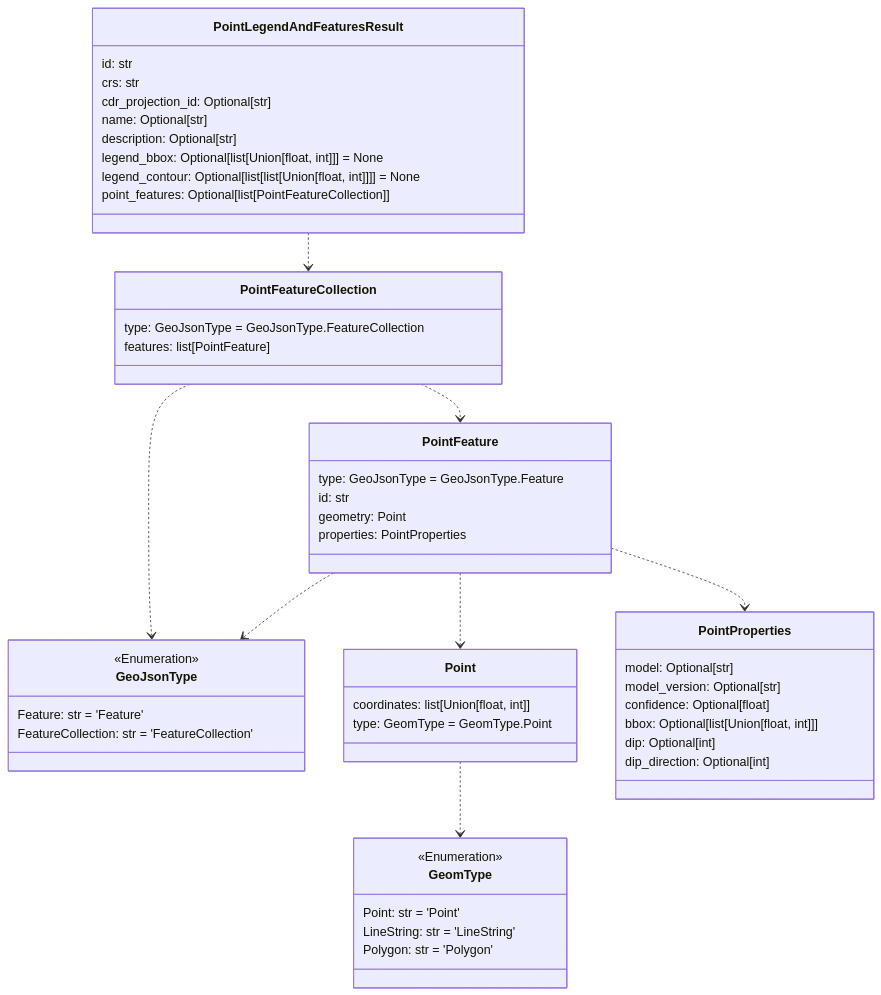
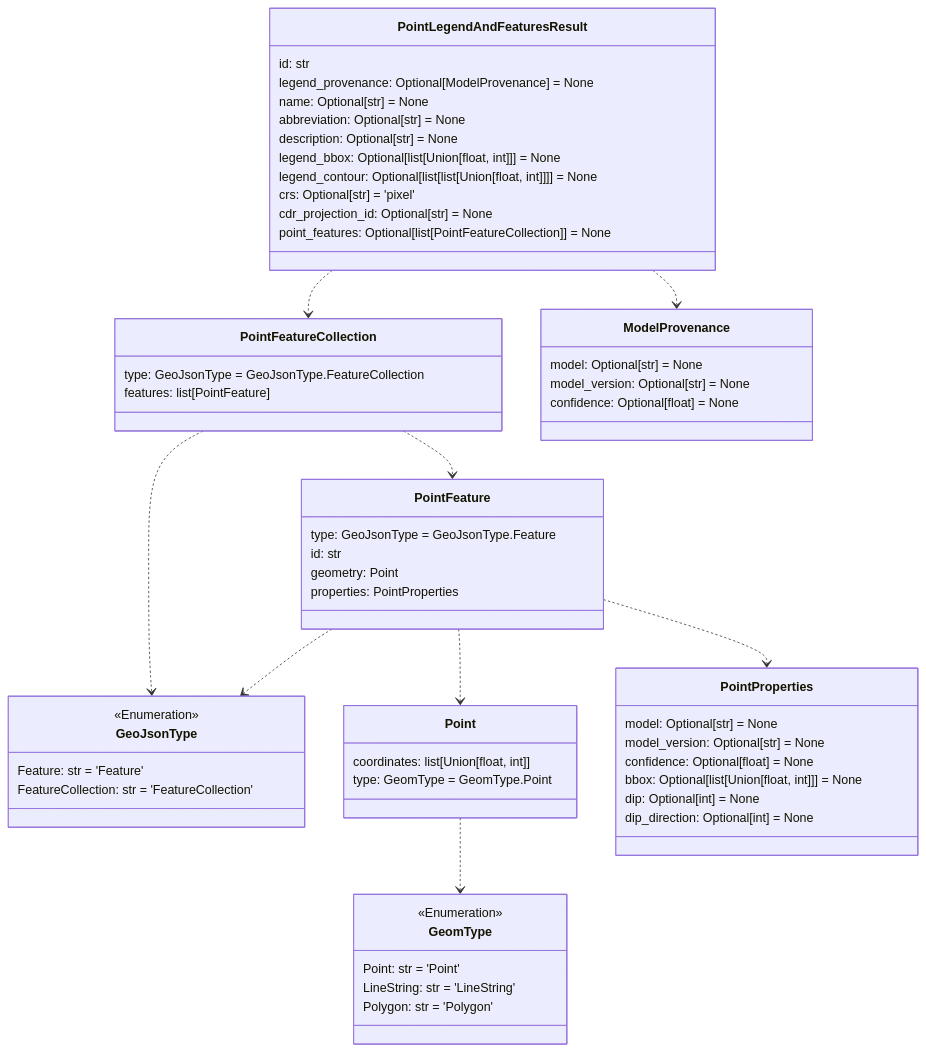
The fifth of 12 diagrams in README.md (DARPA-CRITICALMAAS/cdr_schemas), drawn with Mermaid before and after one commit. The commit also changed other lines of this file and 5 other files, not shown here.

Commit message:
Added model provence and formatted line and point features

````diff
--- a/README.md
+++ b/README.md
@@ -345,63 +353,72 @@
 ```mermaid
 classDiagram
 
     class GeoJsonType {
         <<Enumeration>>
         Feature: str = 'Feature'
         FeatureCollection: str = 'FeatureCollection'
     }
 
     class PointFeature {
         type: GeoJsonType = GeoJsonType.Feature
         id: str
         geometry: Point
         properties: PointProperties
     }
 
+    class PointFeatureCollection {
+        type: GeoJsonType = GeoJsonType.FeatureCollection
+        features: list[PointFeature]
+    }
+
+    class ModelProvenance {
+        model: Optional[str] = None
+        model_version: Optional[str] = None
+        confidence: Optional[float] = None
+    }
+
     class PointLegendAndFeaturesResult {
         id: str
-        crs: str
-        cdr_projection_id: Optional[str]
-        name: Optional[str]
-        description: Optional[str]
+        legend_provenance: Optional[ModelProvenance] = None
+        name: Optional[str] = None
+        abbreviation: Optional[str] = None
+        description: Optional[str] = None
         legend_bbox: Optional[list[Union[float, int]]] = None
         legend_contour: Optional[list[list[Union[float, int]]]] = None
-        point_features: Optional[list[PointFeatureCollection]]
+        crs: Optional[str] = 'pixel'
+        cdr_projection_id: Optional[str] = None
+        point_features: Optional[list[PointFeatureCollection]] = None
     }
 
     class Point {
         coordinates: list[Union[float, int]]
         type: GeomType = GeomType.Point
     }
 
     class GeomType {
         <<Enumeration>>
         Point: str = 'Point'
         LineString: str = 'LineString'
         Polygon: str = 'Polygon'
     }
 
     class PointProperties {
-        model: Optional[str]
-        model_version: Optional[str]
-        confidence: Optional[float]
-        bbox: Optional[list[Union[float, int]]]
-        dip: Optional[int]
-        dip_direction: Optional[int]
-    }
-
-    class PointFeatureCollection {
-        type: GeoJsonType = GeoJsonType.FeatureCollection
-        features: list[PointFeature]
+        model: Optional[str] = None
+        model_version: Optional[str] = None
+        confidence: Optional[float] = None
+        bbox: Optional[list[Union[float, int]]] = None
+        dip: Optional[int] = None
+        dip_direction: Optional[int] = None
     }
 
     Point ..> GeomType
+    PointFeature ..> PointProperties
+    PointFeature ..> GeoJsonType
     PointFeature ..> Point
-    PointFeature ..> GeoJsonType
-    PointFeature ..> PointProperties
     PointFeatureCollection ..> GeoJsonType
     PointFeatureCollection ..> PointFeature
     PointLegendAndFeaturesResult ..> PointFeatureCollection
+    PointLegendAndFeaturesResult ..> ModelProvenance
 
 
 ```
````
